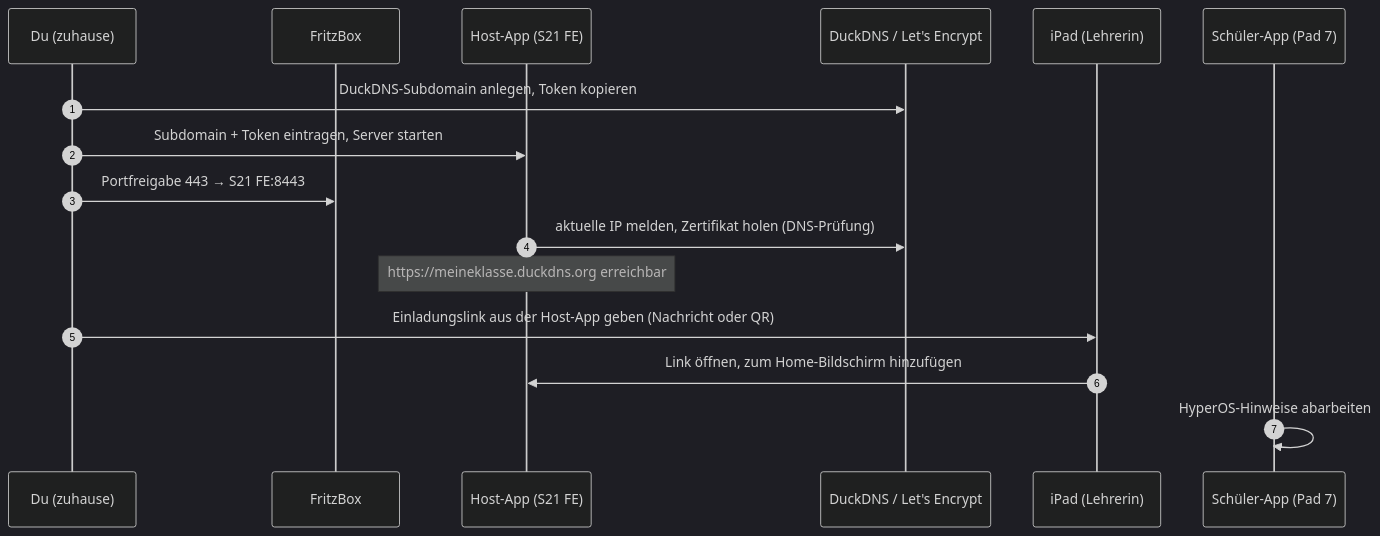
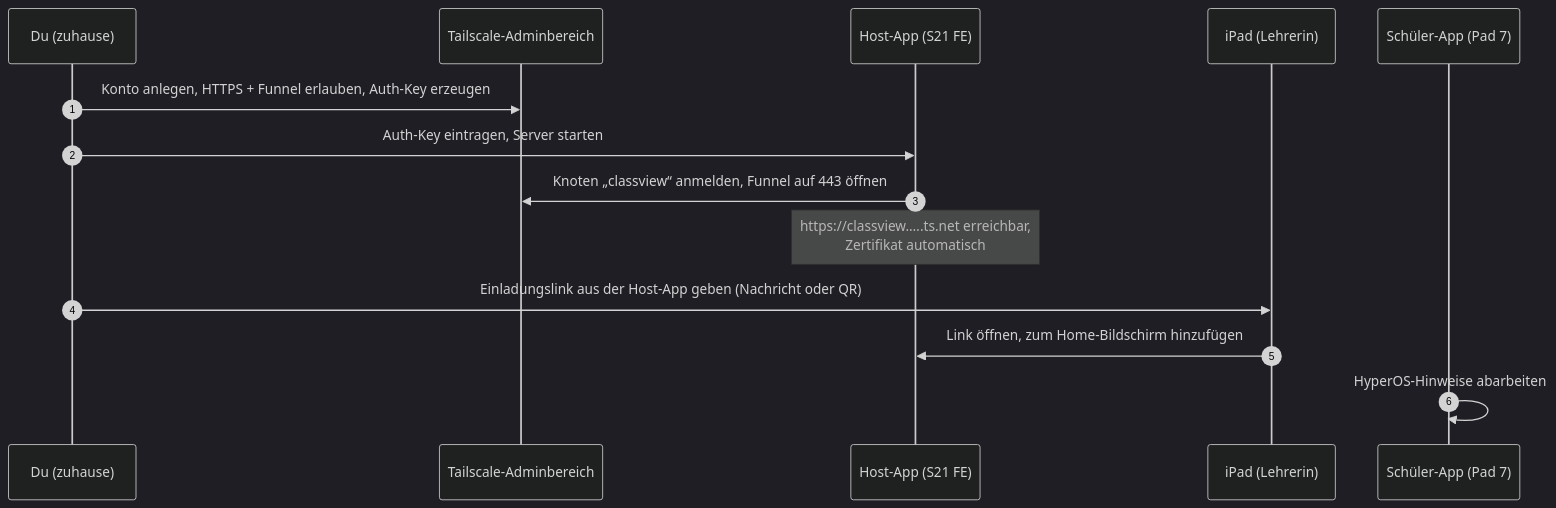
One commit to realcraftguy-com/Classview changed the fifth of 8 diagrams in docs/architecture.md. Above: the diagram before and after it, drawn with Mermaid (dark theme). The commit also changed other lines of this file and 3 other files, not shown here.

First line of the commit message:
Phase 1 Rev. 4: Erreichbarkeit ueber Tailscale Funnel statt Router-Portfreigabe

````diff
--- a/docs/architecture.md
+++ b/docs/architecture.md
@@ -441,19 +430,17 @@
 ```mermaid
 sequenceDiagram
     autonumber
     participant U as Du (zuhause)
-    participant F as FritzBox
+    participant T as Tailscale-Adminbereich
     participant H as Host-App (S21 FE)
-    participant D as DuckDNS / Let's Encrypt
     participant L as iPad (Lehrerin)
     participant S as Schüler-App (Pad 7)
 
-    U->>D: DuckDNS-Subdomain anlegen, Token kopieren
-    U->>H: Subdomain + Token eintragen, Server starten
-    U->>F: Portfreigabe 443 → S21 FE:8443
-    H->>D: aktuelle IP melden, Zertifikat holen (DNS-Prüfung)
-    Note over H: https://meineklasse.duckdns.org erreichbar
+    U->>T: Konto anlegen, HTTPS + Funnel erlauben, Auth-Key erzeugen
+    U->>H: Auth-Key eintragen, Server starten
+    H->>T: Knoten „classview“ anmelden, Funnel auf 443 öffnen
+    Note over H: https://classview.….ts.net erreichbar,<br/>Zertifikat automatisch
     U->>L: Einladungslink aus der Host-App geben (Nachricht oder QR)
     L->>H: Link öffnen, zum Home-Bildschirm hinzufügen
     S->>S: HyperOS-Hinweise abarbeiten
 ```
````
